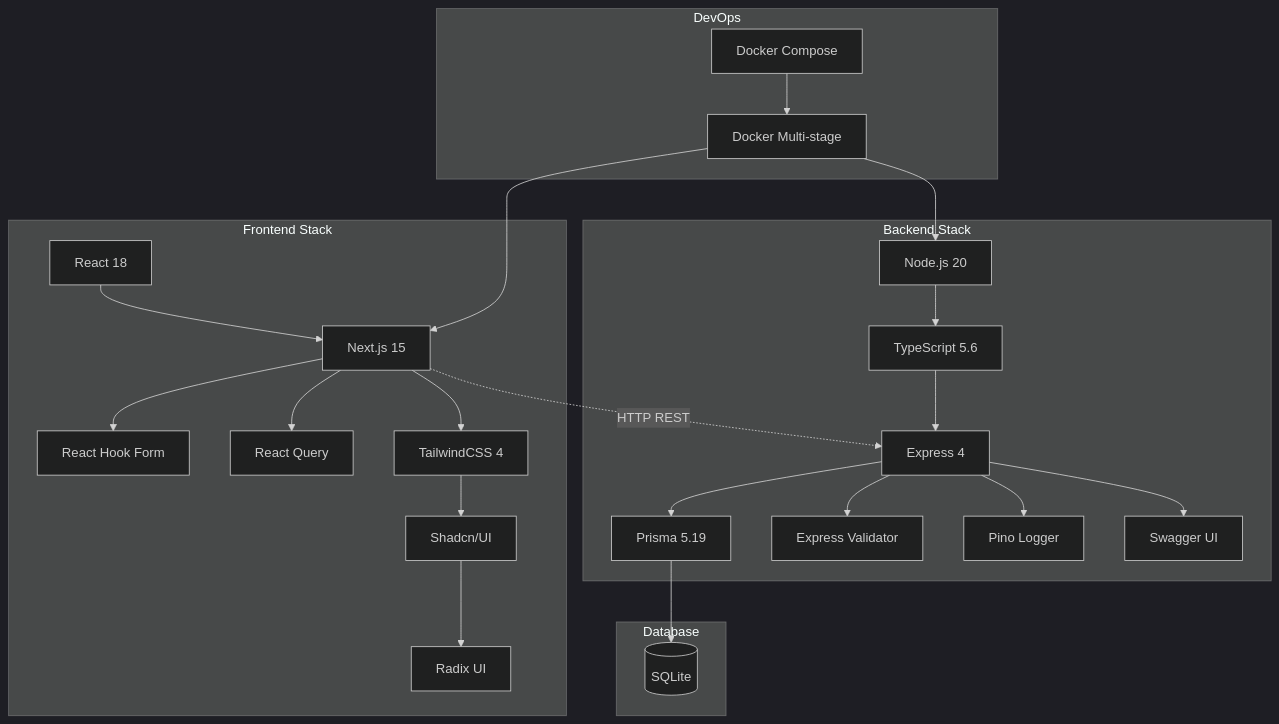
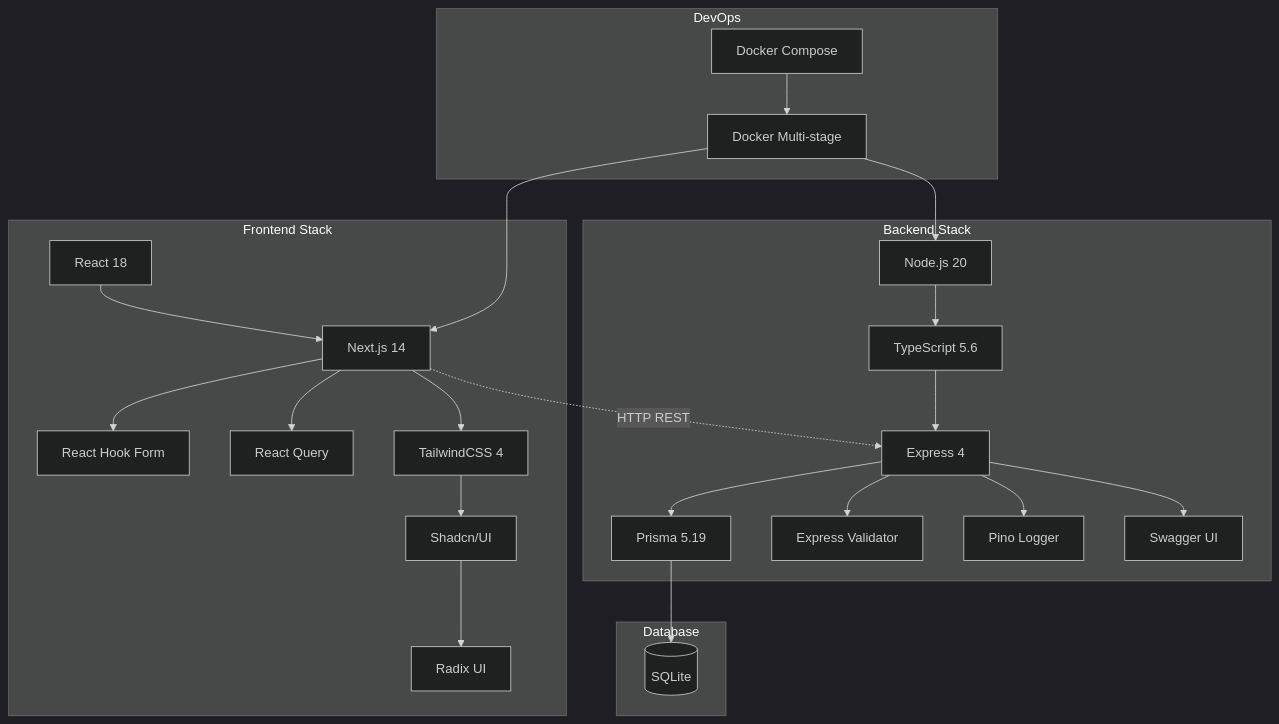
The third of 3 diagrams in documentation/diagrams/architecture.md (JPMworkPROG/TodoManager), drawn with Mermaid (dark theme) before and after one commit. The commit also changed other lines of this file, not shown here.

Commit message:
📝 update diagram

````diff
--- a/documentation/diagrams/architecture.md
+++ b/documentation/diagrams/architecture.md
@@ -85,34 +85,34 @@
 ```mermaid
 graph TD
     subgraph "Frontend Stack"
-        React[React 18] --> Next[Next.js 15]
+        React[React 18] --> Next[Next.js 14]
         Next --> RHF[React Hook Form]
         Next --> RQ[React Query]
         Next --> TW[TailwindCSS 4]
         TW --> Shadcn[Shadcn/UI]
         Shadcn --> Radix[Radix UI]
     end
 
     subgraph "Backend Stack"
         Node[Node.js 20] --> TS[TypeScript 5.6]
         TS --> Express[Express 4]
         Express --> PrismaORM[Prisma 5.19]
         Express --> ExpVal[Express Validator]
         Express --> Pino[Pino Logger]
         Express --> Swagger[Swagger UI]
     end
 
     subgraph "Database"
         PrismaORM --> SQLite[(SQLite)]
     end
 
     subgraph "DevOps"
         Docker[Docker Multi-stage]
         Compose[Docker Compose]
     end
 
     Next -.->|HTTP REST| Express
     Docker --> Node
     Docker --> Next
     Compose --> Docker
 ```
````
